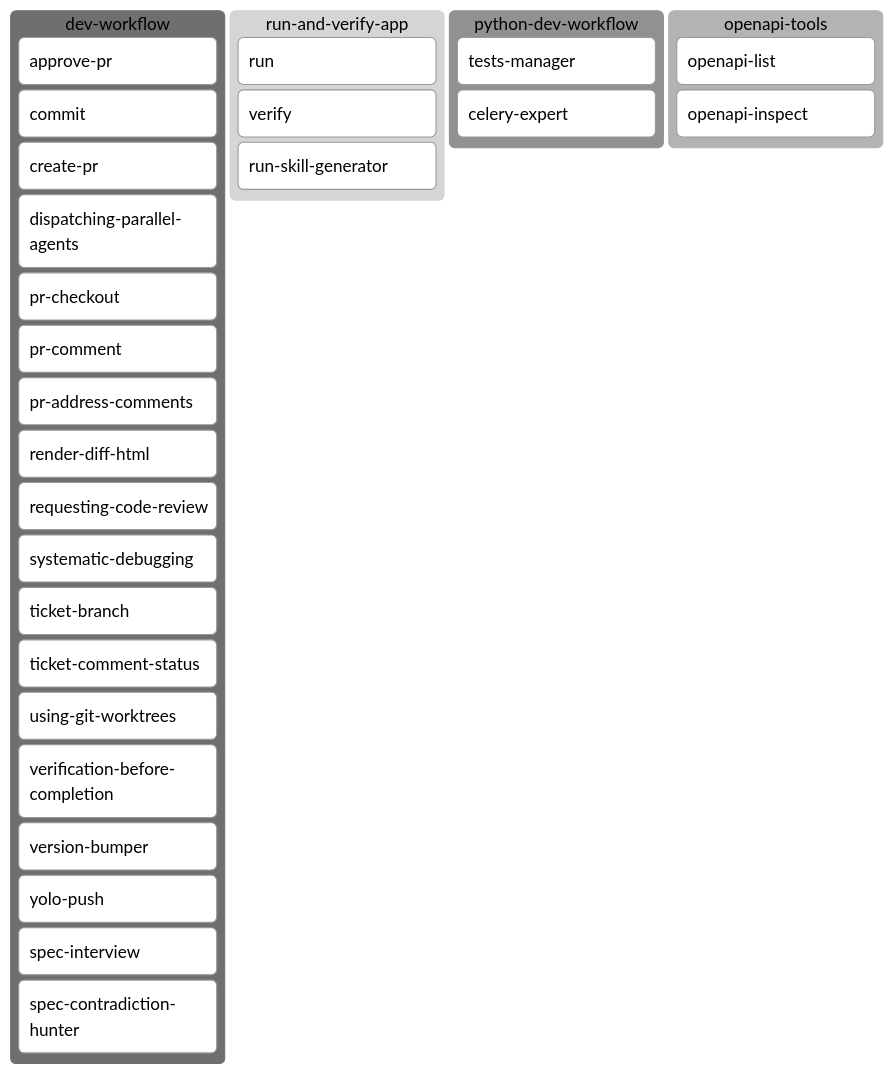
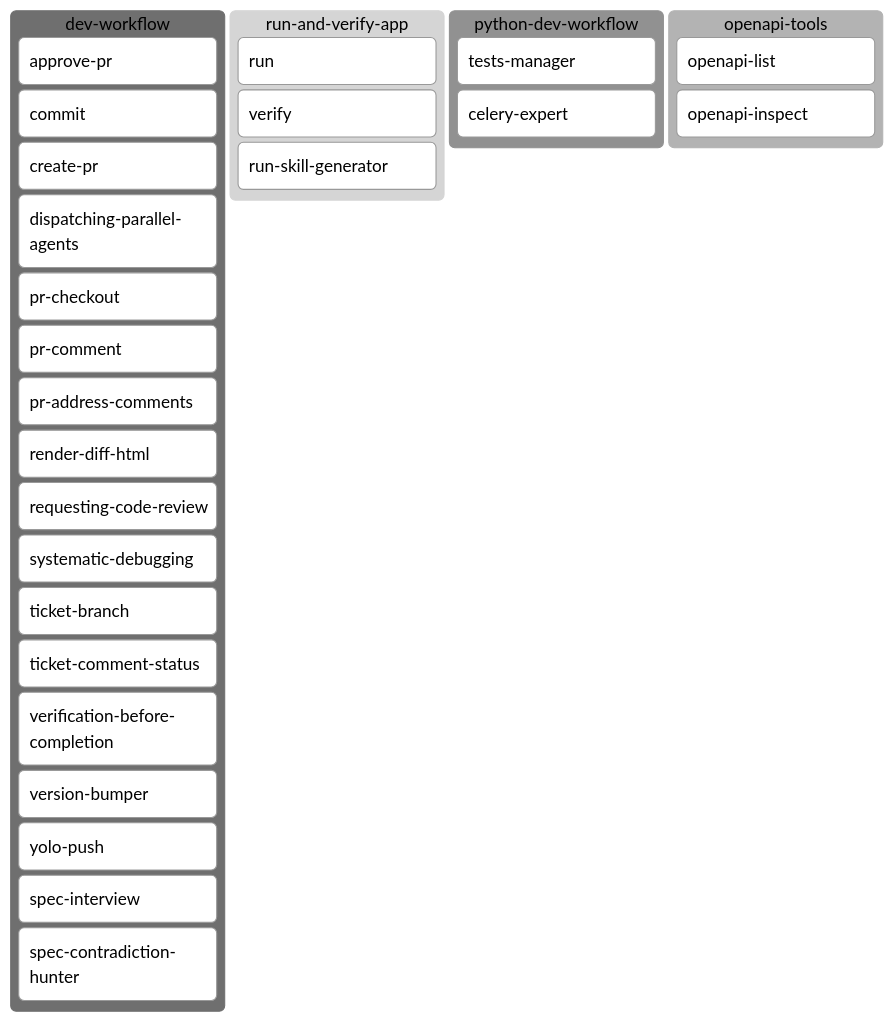
The third of 4 diagrams in README.md (Alex-Kopylov/zweihander), drawn with Mermaid (neutral theme) before and after one commit. The commit also changed other lines of this file and 12 other files, not shown here.

Commit message:
feat(dev-workflow)!: remove using-git-worktrees skill (#121)

````diff
--- a/README.md
+++ b/README.md
@@ -86,32 +86,31 @@
 ```mermaid
 kanban
   dev_workflow[dev-workflow]
     dw_approve_pr[approve-pr]
     dw_commit[commit]
     dw_create_pr[create-pr]
     dw_dispatching_parallel_agents[dispatching-parallel-agents]
     dw_pr_checkout[pr-checkout]
     dw_pr_comment[pr-comment]
     dw_pr_address_comments[pr-address-comments]
     dw_render_diff_html[render-diff-html]
     dw_requesting_code_review[requesting-code-review]
     dw_systematic_debugging[systematic-debugging]
     dw_ticket_branch[ticket-branch]
     dw_ticket_comment_status[ticket-comment-status]
-    dw_using_git_worktrees[using-git-worktrees]
     dw_verification_before_completion[verification-before-completion]
     dw_version_bumper[version-bumper]
     dw_yolo_push[yolo-push]
     dw_spec_interview[spec-interview]
     dw_spec_contradiction_hunter[spec-contradiction-hunter]
   run_and_verify_app[run-and-verify-app]
     rva_run[run]
     rva_verify[verify]
     rva_run_skill_generator[run-skill-generator]
   python_dev_workflow[python-dev-workflow]
     pdw_tests_manager[tests-manager]
     pdw_celery_expert[celery-expert]
   openapi_tools[openapi-tools]
     oat_openapi_list[openapi-list]
     oat_openapi_inspect[openapi-inspect]
 ```
````
